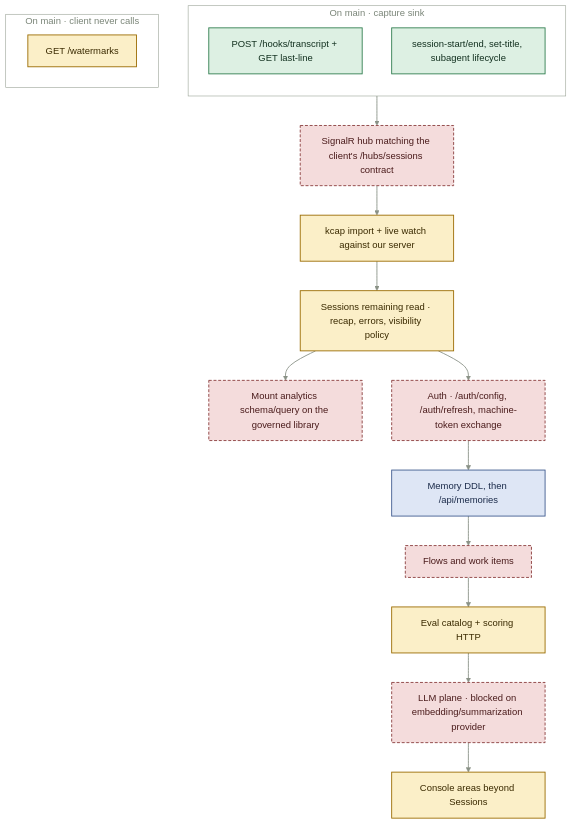
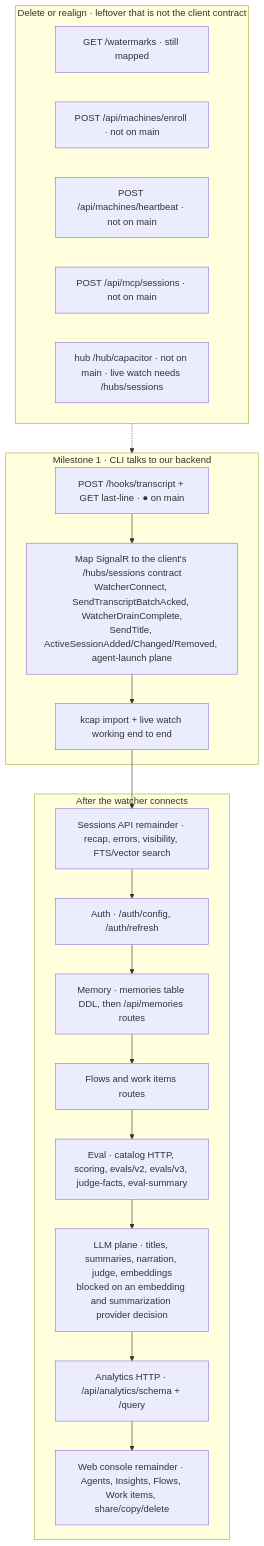
The third of 3 diagrams in reference/REPLICATION-MAP.md (MooseGooseConsulting/capacitor), drawn with Mermaid before and after one commit. The commit also changed other lines of this file, not shown here.

First line of the commit message:
Rewrite the replication map to the artifact ledger

````diff
--- a/reference/REPLICATION-MAP.md
+++ b/reference/REPLICATION-MAP.md
@@ -171,35 +200,27 @@
 ```mermaid
 flowchart TB
-  subgraph MS1["On main · capture sink"]
-    direction TB
-    A1["POST /hooks/transcript + GET last-line"]:::merged
-    A3["session-start/end, set-title, subagent lifecycle"]:::merged
+  subgraph realign [Delete or realign · leftover that is not the client contract]
+    R1["GET /watermarks · still mapped"]
+    R2["POST /api/machines/enroll · not on main"]
+    R3["POST /api/machines/heartbeat · not on main"]
+    R4["POST /api/mcp/sessions · not on main"]
+    R5["hub /hub/capacitor · not on main · live watch needs /hubs/sessions"]
   end
-
-  A2["SignalR hub matching the client's /hubs/sessions contract"]:::absent
-  B["kcap import + live watch against our server"]:::partial
-  C["Sessions remaining read · recap, errors, visibility policy"]:::partial
-  BAN2["Mount analytics schema/query on the governed library"]:::absent
-  D["Auth · /auth/config, /auth/refresh, machine-token exchange"]:::absent
-  E["Memory DDL, then /api/memories"]:::spec
-  F["Flows and work items"]:::absent
-  G["Eval catalog + scoring HTTP"]:::partial
-  H["LLM plane · blocked on embedding/summarization provider"]:::absent
-  I["Console areas beyond Sessions"]:::partial
-
-  MS1 --> A2 --> B --> C
-  C --> BAN2
-  C --> D --> E --> F --> G --> H --> I
-
-  subgraph DEL["On main · client never calls"]
-    X1["GET /watermarks"]:::partial
+  subgraph m1 [Milestone 1 · CLI talks to our backend]
+    T["POST /hooks/transcript + GET last-line · ● on main"]
+    HUB["Map SignalR to the client's /hubs/sessions contract<br/>WatcherConnect, SendTranscriptBatchAcked, WatcherDrainComplete,<br/>SendTitle, ActiveSessionAdded/Changed/Removed, agent-launch plane"]
+    IMP["kcap import + live watch working end to end"]
   end
-
-  classDef merged fill:#DDF0E3,stroke:#2F7D4F,stroke-width:1.5px,color:#12301F
-  classDef partial fill:#FBEFC8,stroke:#9A6B00,stroke-width:1.5px,color:#3A2A00
-  classDef spec fill:#DEE6F5,stroke:#3F5B8F,stroke-width:1.5px,color:#1B2B4A
-  classDef absent fill:#F4DCDC,stroke:#8A3B3B,stroke-width:1.5px,stroke-dasharray:5 3,color:#4A1B1B
-  style MS1 fill:none,stroke:#9AA396,color:#7A8578
-  style DEL fill:none,stroke:#9AA396,color:#7A8578
-  linkStyle default stroke:#8A9287,stroke-width:1.5px
+  subgraph rest [After the watcher connects]
+    S["Sessions API remainder · recap, errors, visibility, FTS/vector search"]
+    A["Auth · /auth/config, /auth/refresh"]
+    MEM["Memory · memories table DDL, then /api/memories routes"]
+    F["Flows and work items routes"]
+    E["Eval · catalog HTTP, scoring, evals/v2, evals/v3, judge-facts, eval-summary"]
+    L["LLM plane · titles, summaries, narration, judge, embeddings<br/>blocked on an embedding and summarization provider decision"]
+    ANH["Analytics HTTP · /api/analytics/schema + /query"]
+    W["Web console remainder · Agents, Insights, Flows, Work items, share/copy/delete"]
+  end
+  realign -.-> m1
+  T --> HUB --> IMP --> S --> A --> MEM --> F --> E --> L --> ANH --> W
 ```
````
